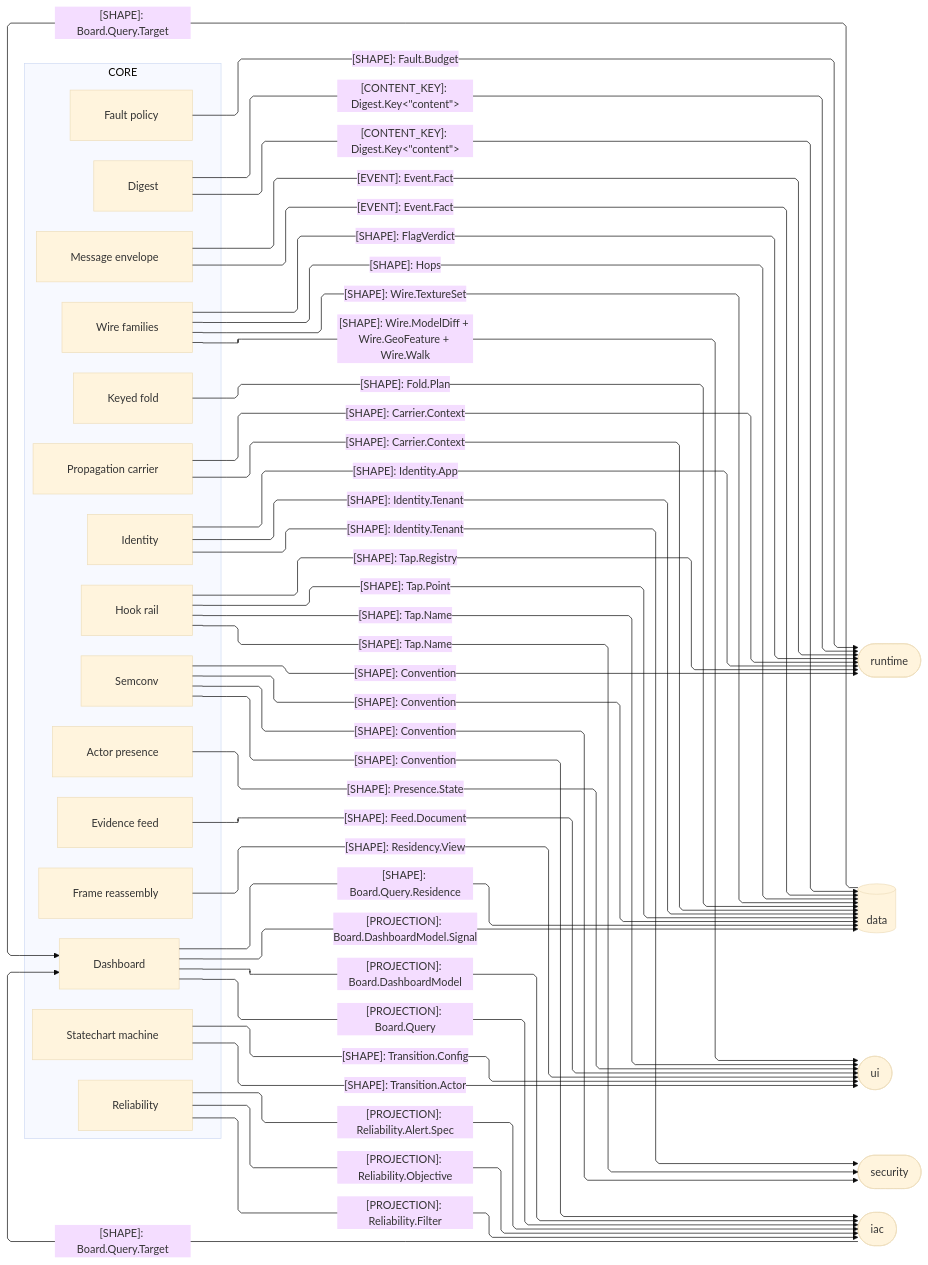
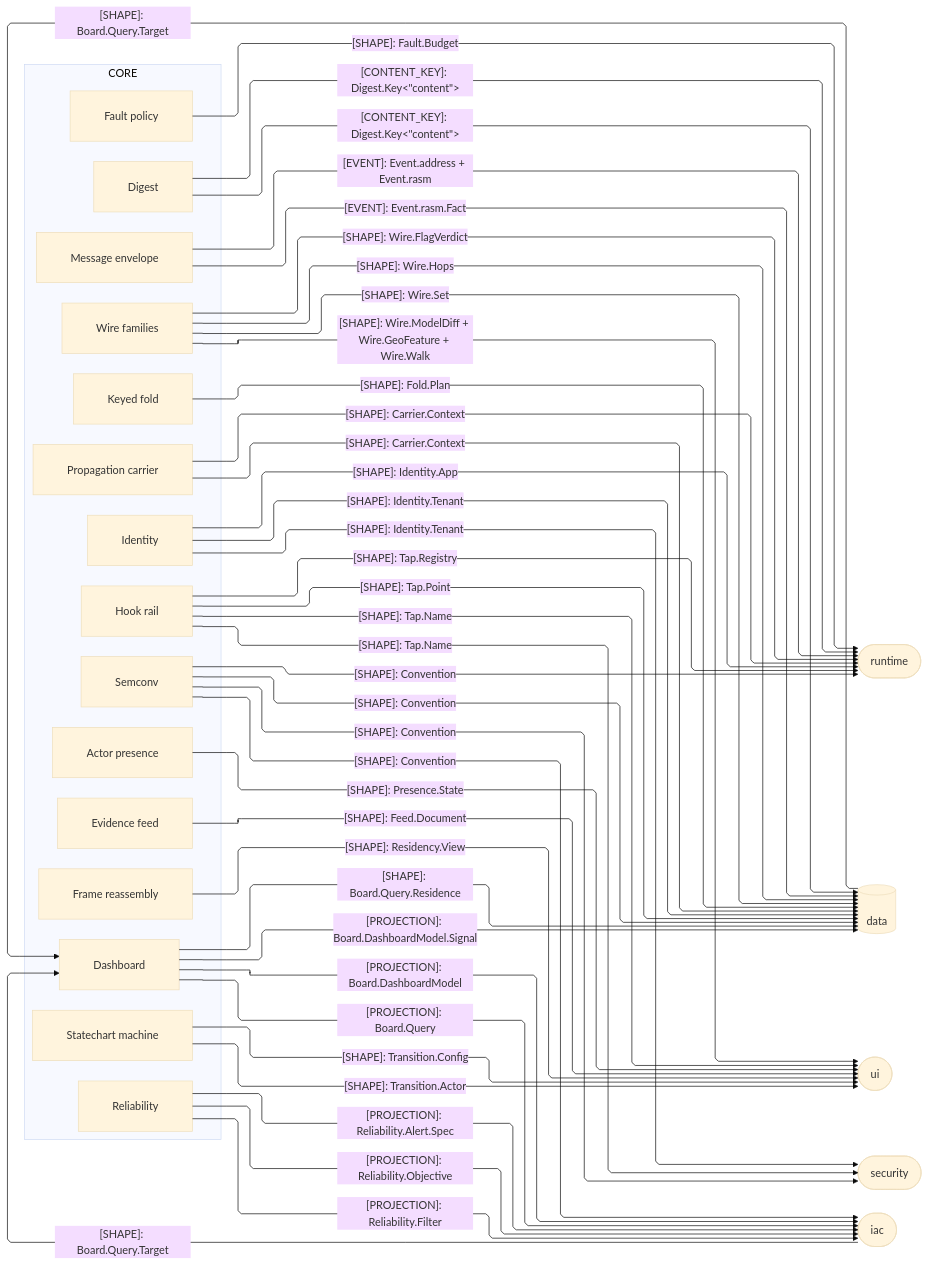
Before and after one commit to bsamiee/Rasm: the third of 4 diagrams in libs/typescript/core/ARCHITECTURE.md, drawn with Mermaid (base theme). The commit also changed other lines of this file and 820 other files, not shown here.

````diff
--- a/libs/typescript/core/ARCHITECTURE.md
+++ b/libs/typescript/core/ARCHITECTURE.md
@@ -176,71 +170,71 @@
 ```mermaid
 ---
 config:
   layout: elk
   flowchart:
     curve: linear
     padding: 25
 ---
 flowchart LR
     accTitle: Core TypeScript sibling seam registry
     accDescr: Which core-owned shapes each sibling folder consumes, and which query targets the olap and operate owners hand back to Board.
     subgraph core[CORE]
         Digest[Digest]
         Wire[Wire families]
         Frame[Frame reassembly]
         Fold[Keyed fold]
         Feed[Evidence feed]
         Identity[Identity]
         Fault[Fault policy]
         Convention[Semconv]
         Reliability[Reliability]
         Board[Dashboard]
         Tap[Hook rail]
         Carrier[Propagation carrier]
         Event[Message envelope]
         Transition[Statechart machine]
         Presence[Actor presence]
     end
     Runtime([runtime])
     Data[(data)]
     Ui([ui])
     Security([security])
     Iac([iac])
     Digest e1@-->|"[CONTENT_KEY]: Digest.Key&lt;&quot;content&quot;&gt;"| Data
     Digest e2@-->|"[CONTENT_KEY]: Digest.Key&lt;&quot;content&quot;&gt;"| Runtime
-    Wire e3@-->|"[SHAPE]: FlagVerdict"| Runtime
+    Wire e3@-->|"[SHAPE]: Wire.FlagVerdict"| Runtime
     Wire e4@-->|"[SHAPE]: Wire.ModelDiff + Wire.GeoFeature + Wire.Walk"| Ui
-    Wire e5@-->|"[SHAPE]: Hops"| Data
-    Wire e6@-->|"[SHAPE]: Wire.TextureSet"| Data
+    Wire e5@-->|"[SHAPE]: Wire.Hops"| Data
+    Wire e6@-->|"[SHAPE]: Wire.Set"| Data
     Fold e7@-->|"[SHAPE]: Fold.Plan"| Data
     Feed e8@-->|"[SHAPE]: Feed.Document"| Ui
     Identity e9@-->|"[SHAPE]: Identity.Tenant"| Security
     Identity e10@-->|"[SHAPE]: Identity.Tenant"| Data
     Identity e11@-->|"[SHAPE]: Identity.App"| Runtime
     Fault e12@-->|"[SHAPE]: Fault.Budget"| Runtime
     Convention e13@-->|"[SHAPE]: Convention"| Runtime
     Convention e14@-->|"[SHAPE]: Convention"| Data
     Convention e15@-->|"[SHAPE]: Convention"| Security
     Convention e16@-->|"[SHAPE]: Convention"| Iac
     Board e17@-->|"[PROJECTION]: Board.DashboardModel"| Iac
     Board e18@-->|"[PROJECTION]: Board.Query"| Iac
     Board e19@-->|"[SHAPE]: Board.Query.Residence"| Data
     Board e20@-->|"[PROJECTION]: Board.DashboardModel.Signal"| Data
     Reliability e21@-->|"[PROJECTION]: Reliability.Alert.Spec"| Iac
     Reliability e22@-->|"[PROJECTION]: Reliability.Objective"| Iac
     Reliability e23@-->|"[PROJECTION]: Reliability.Filter"| Iac
     Frame e24@-->|"[SHAPE]: Residency.View"| Ui
     Tap e25@-->|"[SHAPE]: Tap.Registry"| Runtime
     Tap e26@-->|"[SHAPE]: Tap.Point"| Data
     Tap e27@-->|"[SHAPE]: Tap.Name"| Ui
     Tap e28@-->|"[SHAPE]: Tap.Name"| Security
     Carrier e29@-->|"[SHAPE]: Carrier.Context"| Runtime
     Carrier e30@-->|"[SHAPE]: Carrier.Context"| Data
-    Event e31@-->|"[EVENT]: Event.Fact"| Data
-    Event e32@-->|"[EVENT]: Event.Fact"| Runtime
+    Event e31@-->|"[EVENT]: Event.rasm.Fact"| Data
+    Event e32@-->|"[EVENT]: Event.address + Event.rasm"| Runtime
     Transition e33@-->|"[SHAPE]: Transition.Config"| Ui
     Transition e34@-->|"[SHAPE]: Transition.Actor"| Ui
     Presence e35@-->|"[SHAPE]: Presence.State"| Ui
     Data e36@-->|"[SHAPE]: Board.Query.Target"| Board
     Iac e37@-->|"[SHAPE]: Board.Query.Target"| Board
 ```
````
